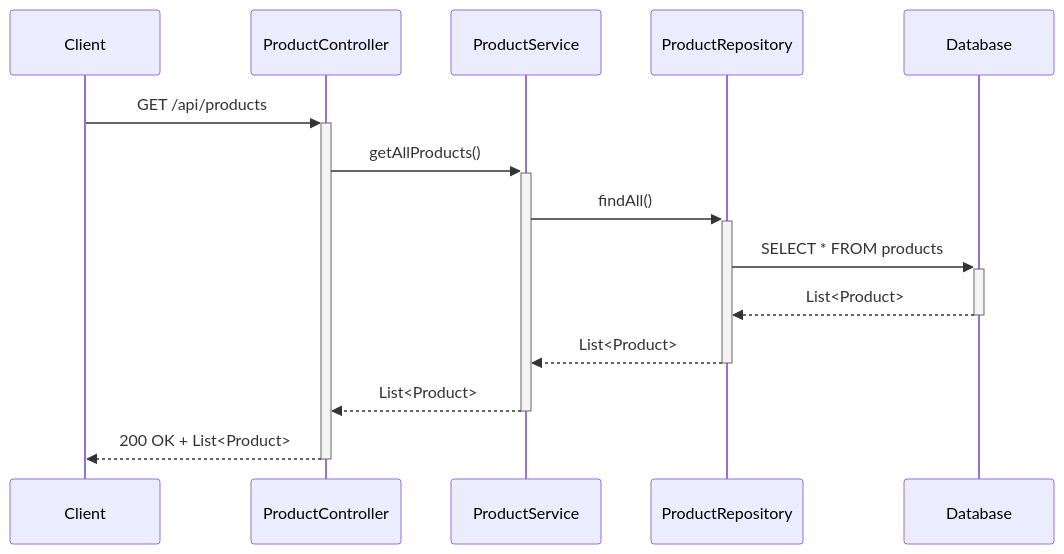
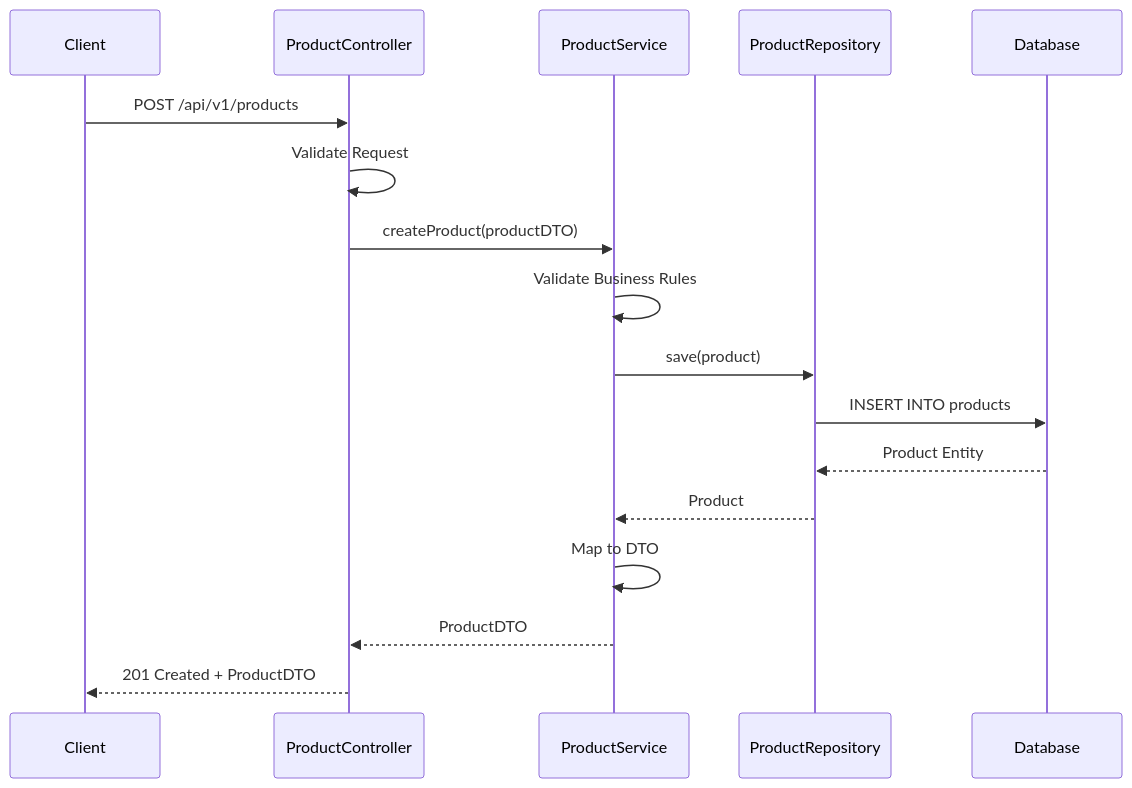
One commit to NavneetBN47/aava-ecom-demo changed the ninth of 23 diagrams in docs/LLD/modified_lld.md. Above: the diagram before and after it, drawn with Mermaid. The commit also changed other lines of this file, not shown here.

````diff
--- a/docs/LLD/modified_lld.md
+++ b/docs/LLD/modified_lld.md
@@ -578,17 +907,20 @@
 ```mermaid
 sequenceDiagram
     participant Client
-    participant ProductController
-    participant ProductService
-    participant ProductRepository
-    participant Database
+    participant Controller as ProductController
+    participant Service as ProductService
+    participant Repository as ProductRepository
+    participant DB as Database
     
-    Client->>+ProductController: GET /api/products
-    ProductController->>+ProductService: getAllProducts()
-    ProductService->>+ProductRepository: findAll()
-    ProductRepository->>+Database: SELECT * FROM products
-    Database-->>-ProductRepository: List<Product>
-    ProductRepository-->>-ProductService: List<Product>
-    ProductService-->>-ProductController: List<Product>
-    ProductController-->>-Client: 200 OK + List<Product>
+    Client->>Controller: POST /api/v1/products
+    Controller->>Controller: Validate Request
+    Controller->>Service: createProduct(productDTO)
+    Service->>Service: Validate Business Rules
+    Service->>Repository: save(product)
+    Repository->>DB: INSERT INTO products
+    DB-->>Repository: Product Entity
+    Repository-->>Service: Product
+    Service->>Service: Map to DTO
+    Service-->>Controller: ProductDTO
+    Controller-->>Client: 201 Created + ProductDTO
 ```
````
